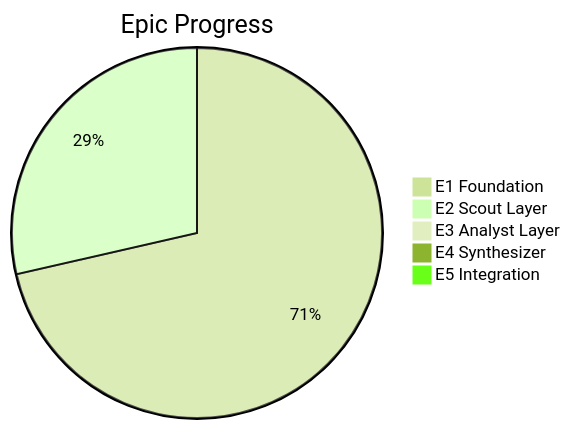
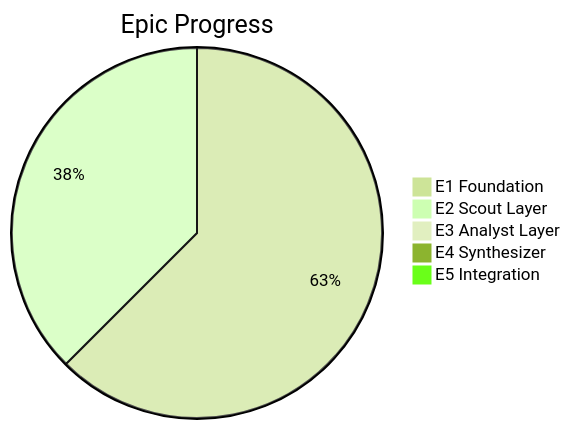
The first of 2 diagrams in docs/PROJECT_MANAGEMENT.md (Hams-Ollo/open-sousveillance-studio), drawn with Mermaid (forest theme) before and after one commit. The commit also changed other lines of this file and 16 other files, not shown here.

````diff
--- a/docs/PROJECT_MANAGEMENT.md
+++ b/docs/PROJECT_MANAGEMENT.md
@@ -52,8 +52,8 @@
 ```mermaid
 pie title Epic Progress
     "E1 Foundation" : 100
-    "E2 Scout Layer" : 40
+    "E2 Scout Layer" : 60
     "E3 Analyst Layer" : 0
     "E4 Synthesizer" : 0
     "E5 Integration" : 0
 ```
````
